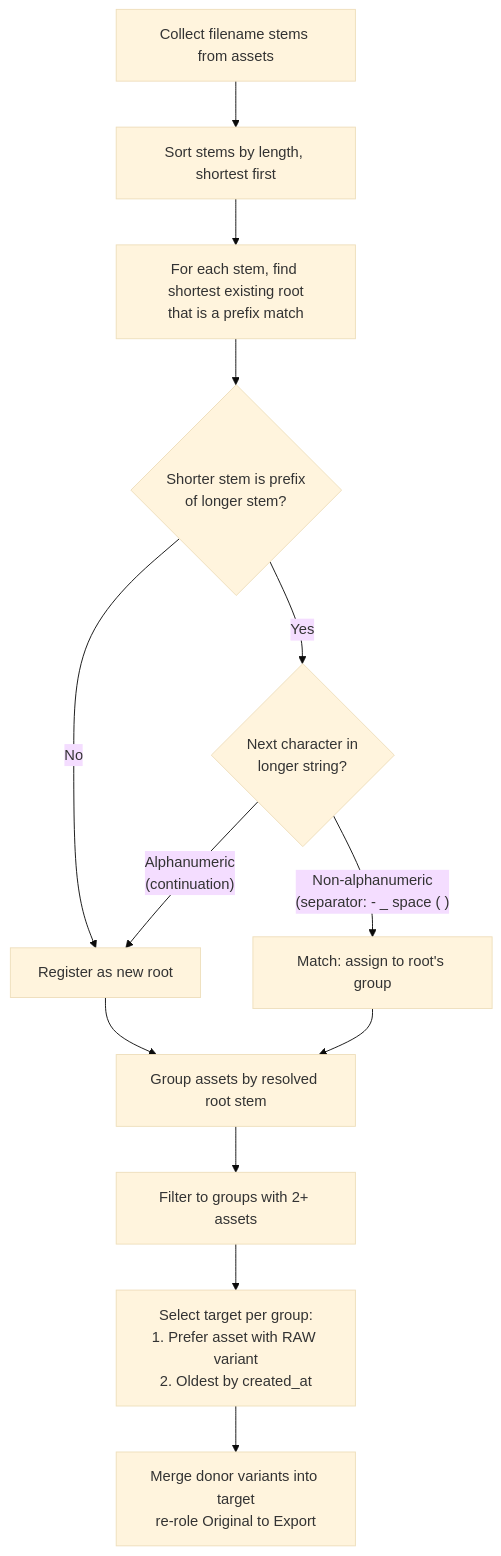
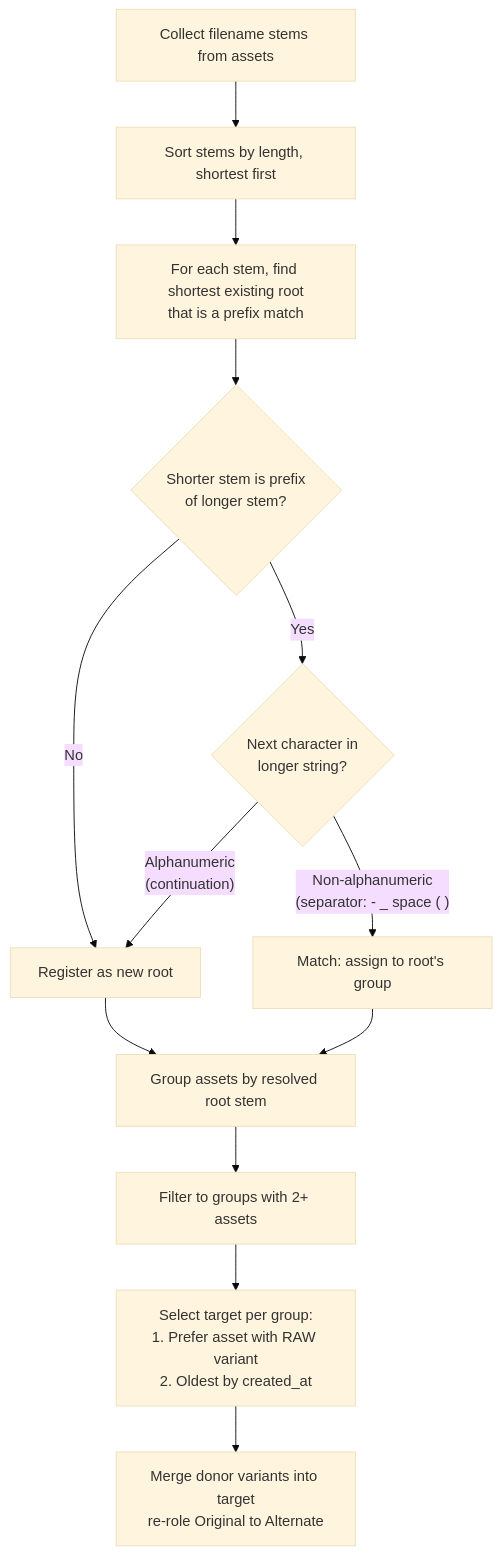
One commit to thoherr/simple-digital-asset-manager changed the diagram in doc/manual/user-guide/04-organize.md. Above: the diagram before and after it, drawn with Mermaid (base theme). The commit also changed other lines of this file and 15 other files, not shown here.

First line of the commit message:
Release v2.4.0 — contact sheet, split command, alternate variant role

````diff
--- a/doc/manual/user-guide/04-organize.md
+++ b/doc/manual/user-guide/04-organize.md
@@ -238,15 +238,15 @@
 ```mermaid
 flowchart TD
     A[Collect filename stems from assets] --> B[Sort stems by length, shortest first]
     B --> C[For each stem, find shortest existing root\nthat is a prefix match]
     C --> D{Shorter stem is prefix\nof longer stem?}
     D -- No --> E[Register as new root]
     D -- Yes --> F{Next character in\nlonger string?}
     F -- "Non-alphanumeric\n(separator: - _ space ( )" --> G[Match: assign to root's group]
     F -- "Alphanumeric\n(continuation)" --> E
     E --> H[Group assets by resolved root stem]
     G --> H
     H --> I[Filter to groups with 2+ assets]
     I --> J[Select target per group:\n1. Prefer asset with RAW variant\n2. Oldest by created_at]
-    J --> K[Merge donor variants into target\nre-role Original to Export]
+    J --> K[Merge donor variants into target\nre-role Original to Alternate]
 ```
````
